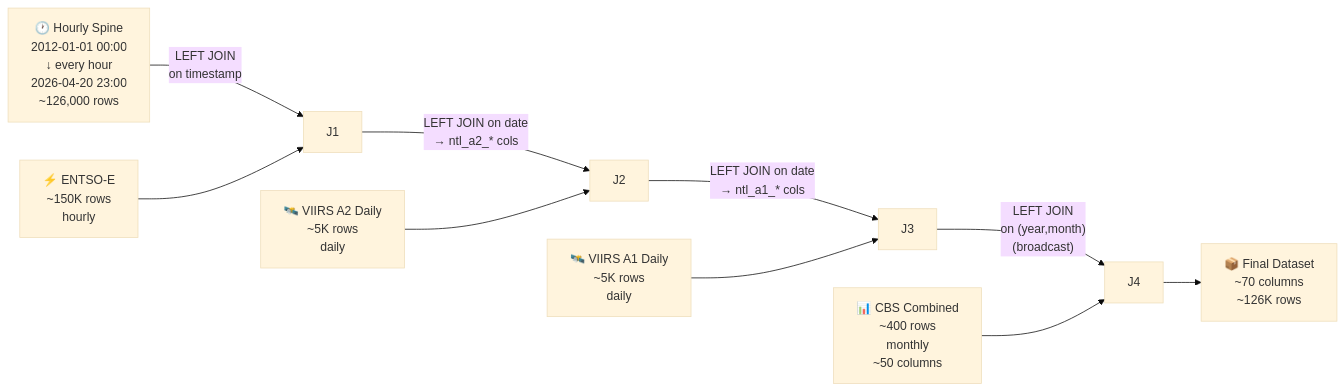
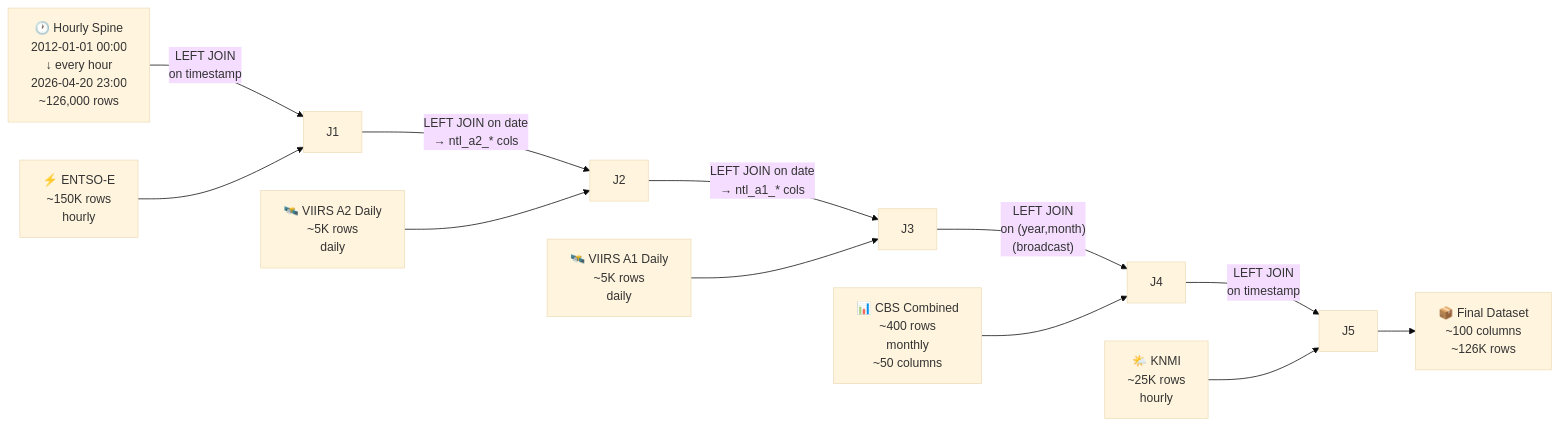
The second of 3 diagrams in pipeline_architecture.md (malakkhan/energy-demand-forecast-nl), drawn with Mermaid (base theme) before and after one commit. The commit also changed other lines of this file and 4 other files, not shown here.

````diff
--- a/pipeline_architecture.md
+++ b/pipeline_architecture.md
@@ -463,23 +515,27 @@
 ```mermaid
 flowchart LR
     SPINE["🕐 Hourly Spine\n2012-01-01 00:00\n   ↓ every hour\n2026-04-20 23:00\n~126,000 rows"]
 
     E["⚡ ENTSO-E\n~150K rows\nhourly"]
     VA2["🛰️ VIIRS A2 Daily\n~5K rows\ndaily"]
     VA1["🛰️ VIIRS A1 Daily\n~5K rows\ndaily"]
     C["📊 CBS Combined\n~400 rows\nmonthly\n~50 columns"]
+    K["🌤️ KNMI\n~25K rows\nhourly"]
 
     SPINE -->|"LEFT JOIN\non timestamp"| J1
     E --> J1
 
     J1 -->|"LEFT JOIN on date\n→ ntl_a2_* cols"| J2
     VA2 --> J2
 
     J2 -->|"LEFT JOIN on date\n→ ntl_a1_* cols"| J3
     VA1 --> J3
 
     J3 -->|"LEFT JOIN\non (year,month)\n(broadcast)"| J4
     C --> J4
 
-    J4 --> OUT["📦 Final Dataset\n~70 columns\n~126K rows"]
+    J4 -->|"LEFT JOIN\non timestamp"| J5
+    K --> J5
+
+    J5 --> OUT["📦 Final Dataset\n~100 columns\n~126K rows"]
 ```
````
